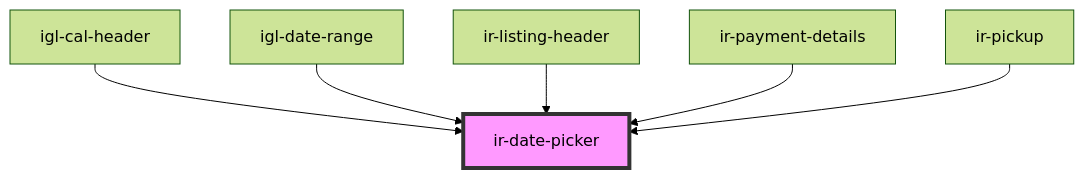
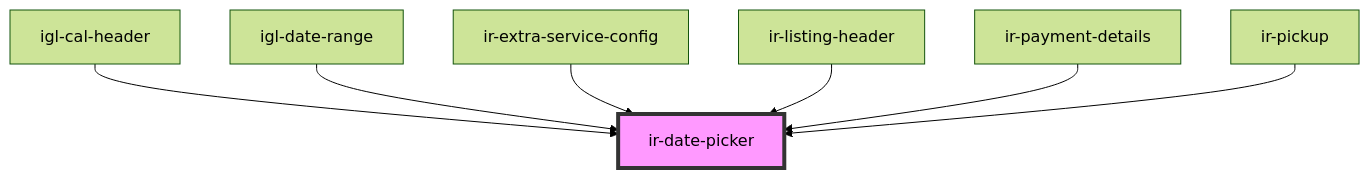
One commit to David1Chowaifaty/modified-ir-webcmp changed the diagram in src/components/ir-date-picker/readme.md. Above: the diagram before and after it, drawn with Mermaid (forest theme). The commit also changed other lines of this file and 28 other files, not shown here.

````diff
--- a/src/components/ir-date-picker/readme.md
+++ b/src/components/ir-date-picker/readme.md
@@ -66,9 +67,10 @@
 ```mermaid
 graph TD;
   igl-cal-header --> ir-date-picker
   igl-date-range --> ir-date-picker
+  ir-extra-service-config --> ir-date-picker
   ir-listing-header --> ir-date-picker
   ir-payment-details --> ir-date-picker
   ir-pickup --> ir-date-picker
   style ir-date-picker fill:#f9f,stroke:#333,stroke-width:4px
 ```
````
